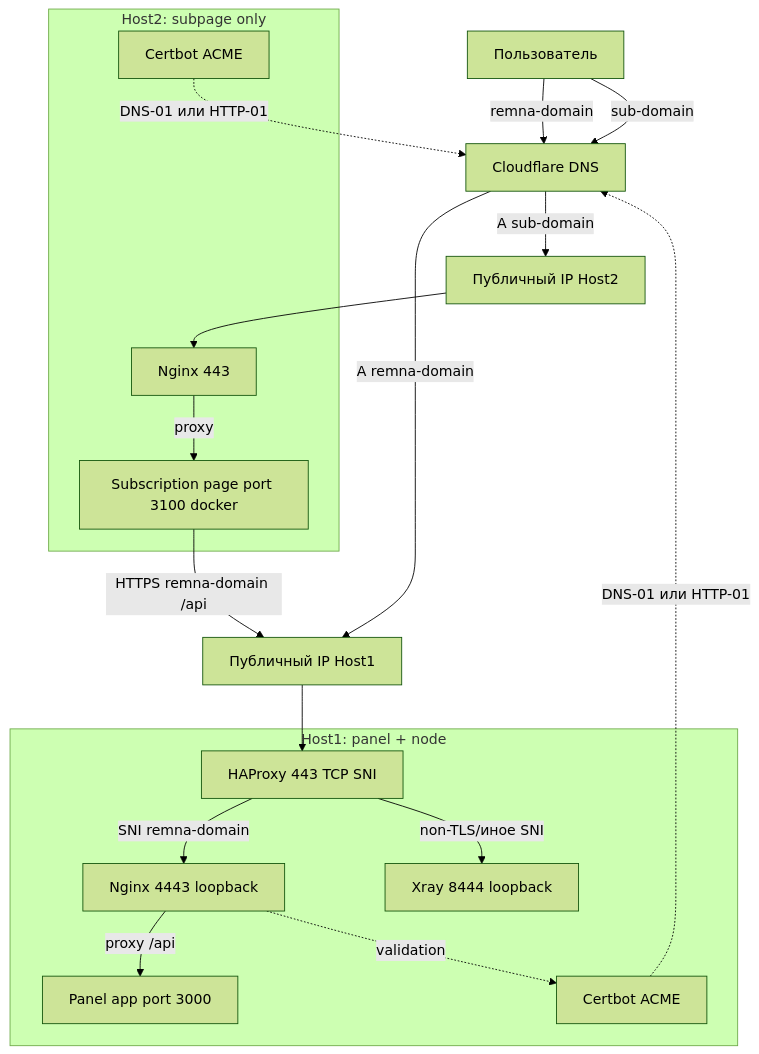
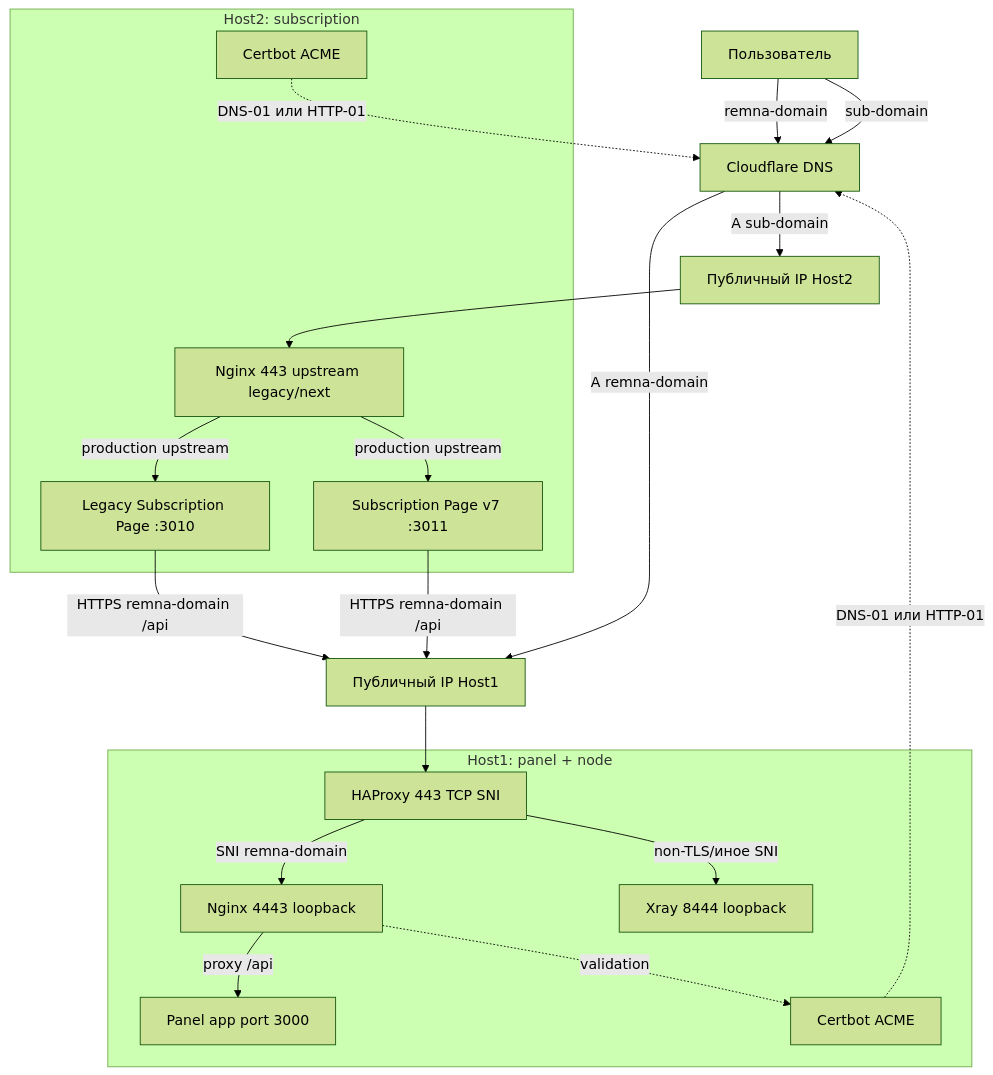
The second of 2 diagrams in README.md (ryabkov82/vff-remnawave-auto), drawn with Mermaid (forest theme) before and after one commit. The commit also changed other lines of this file and 38 other files, not shown here.

First line of the commit message:
feat: add blue-green subscription page v7 deployment

````diff
--- a/README.md
+++ b/README.md
@@ -344,36 +364,39 @@
 ```mermaid
 flowchart TB
   User[Пользователь] -->|remna-domain| CloudflareDNS[Cloudflare DNS]
   User -->|sub-domain| CloudflareDNS
   CloudflareDNS -->|A remna-domain| PublicIP_Panel[Публичный IP Host1]
   CloudflareDNS -->|A sub-domain| PublicIP_Sub[Публичный IP Host2]
 
   PublicIP_Panel --> HAProxy1
 
   subgraph Host1 [Host1: panel + node]
     HAProxy1[HAProxy 443 TCP SNI]
     Nginx1[Nginx 4443 loopback]
     Xray1[Xray 8444 loopback]
     Panel3000[Panel app port 3000]
     Certbot1[Certbot ACME]
 
     HAProxy1 -->|SNI remna-domain| Nginx1
     HAProxy1 -->|non-TLS/иное SNI| Xray1
     Nginx1 -->|proxy /api| Panel3000
     Nginx1 -. validation .-> Certbot1
   end
 
   PublicIP_Sub --> Nginx2
 
-  subgraph Host2 [Host2: subpage only]
-    Nginx2[Nginx 443]
-    Sub3100[Subscription page port 3100 docker]
+  subgraph Host2 [Host2: subscription]
+    Nginx2[Nginx 443 upstream legacy/next]
+    Sub3010[Legacy Subscription Page :3010]
+    Sub3011[Subscription Page v7 :3011]
     Certbot2[Certbot ACME]
-    Nginx2 -->|proxy| Sub3100
+    Nginx2 -->|production upstream| Sub3010
+    Nginx2 -->|production upstream| Sub3011
   end
 
-  Sub3100 -->|HTTPS remna-domain /api| PublicIP_Panel
+  Sub3010 -->|HTTPS remna-domain /api| PublicIP_Panel
+  Sub3011 -->|HTTPS remna-domain /api| PublicIP_Panel
 
   Certbot1 -. DNS-01 или HTTP-01 .-> CloudflareDNS
   Certbot2 -. DNS-01 или HTTP-01 .-> CloudflareDNS
 ```
````
